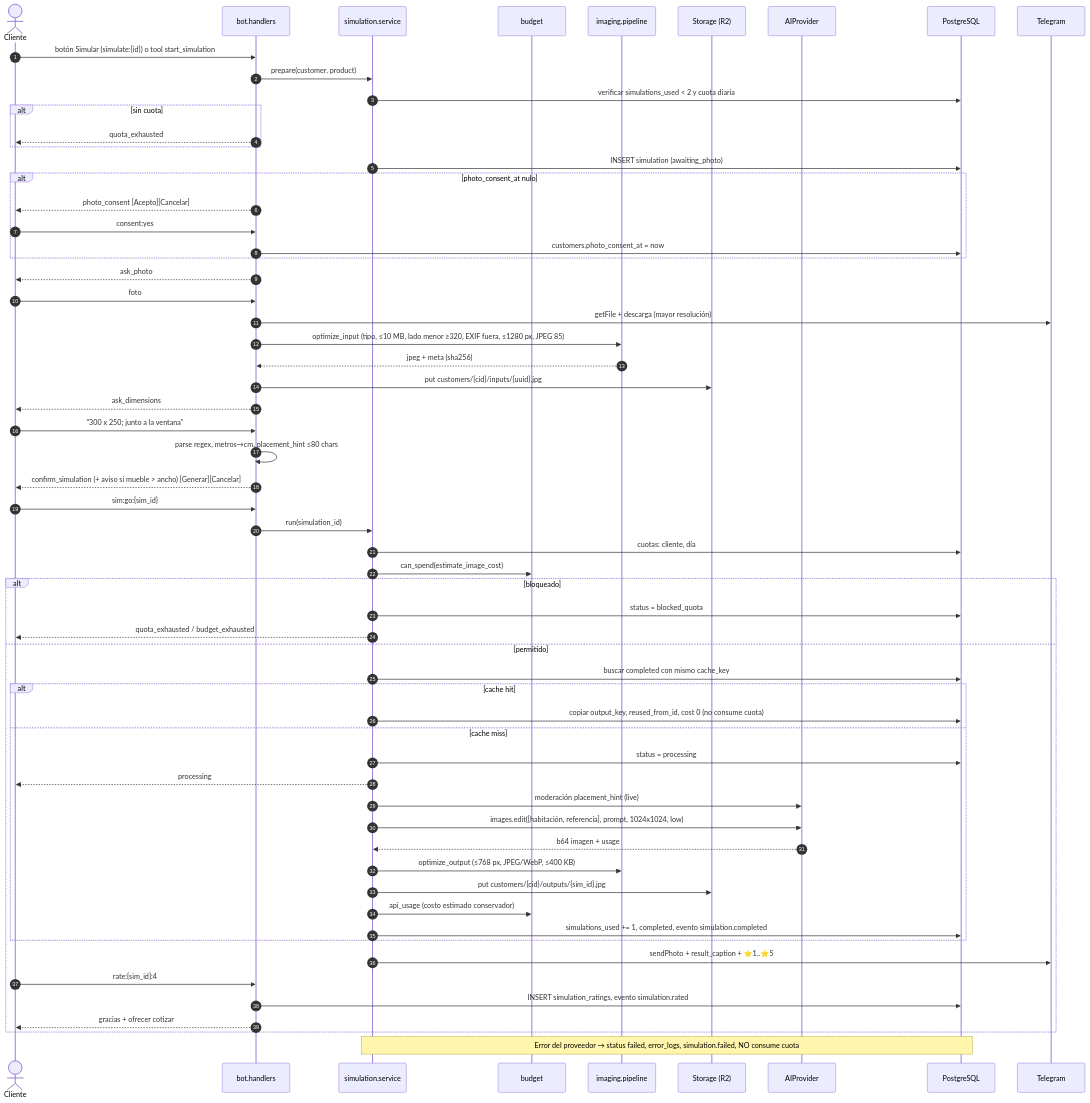
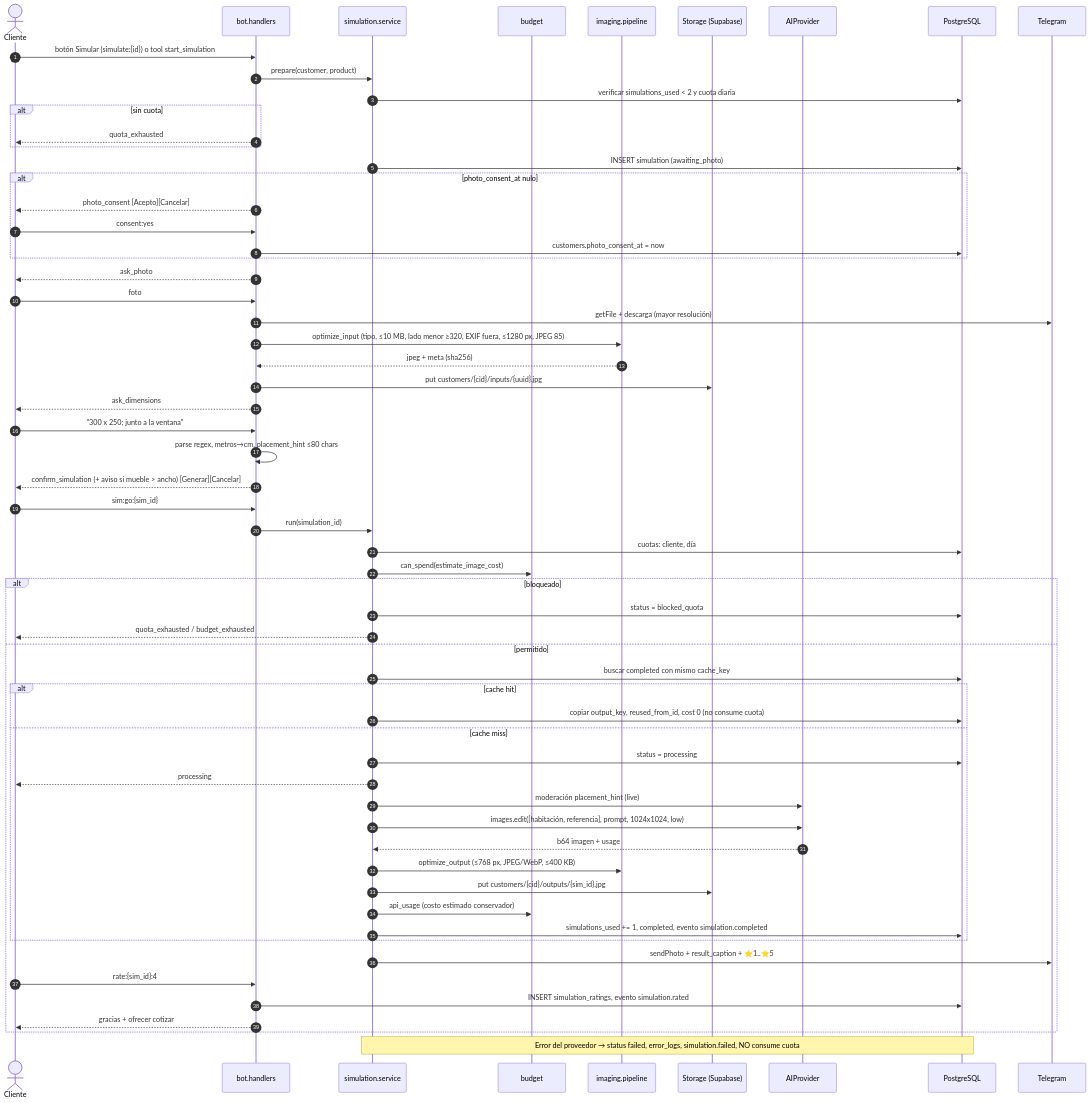
Before and after one commit to UtpProyectos/decosmart-ai: the third of 6 diagrams in docs/02-arquitectura.md, drawn with Mermaid. The commit also changed other lines of this file and 10 other files, not shown here.

````diff
--- a/docs/02-arquitectura.md
+++ b/docs/02-arquitectura.md
@@ -147,64 +147,64 @@
 ```mermaid
 sequenceDiagram
     autonumber
     actor C as Cliente
     participant H as bot.handlers
     participant S as simulation.service
     participant B as budget
     participant I as imaging.pipeline
-    participant ST as Storage (R2)
+    participant ST as Storage (Supabase)
     participant P as AIProvider
     participant DB as PostgreSQL
     participant TG as Telegram
 
     C->>H: botón Simular (simulate:{id}) o tool start_simulation
     H->>S: prepare(customer, product)
     S->>DB: verificar simulations_used < 2 y cuota diaria
     alt sin cuota
         H-->>C: quota_exhausted
     end
     S->>DB: INSERT simulation (awaiting_photo)
     alt photo_consent_at nulo
         H-->>C: photo_consent [Acepto][Cancelar]
         C->>H: consent:yes
         H->>DB: customers.photo_consent_at = now
     end
     H-->>C: ask_photo
     C->>H: foto
     H->>TG: getFile + descarga (mayor resolución)
     H->>I: optimize_input (tipo, ≤10 MB, lado menor ≥320, EXIF fuera, ≤1280 px, JPEG 85)
     I-->>H: jpeg + meta (sha256)
     H->>ST: put customers/{cid}/inputs/{uuid}.jpg
     H-->>C: ask_dimensions
     C->>H: "300 x 250#59; junto a la ventana"
     H->>H: parse regex, metros→cm, placement_hint ≤80 chars
     H-->>C: confirm_simulation (+ aviso si mueble > ancho) [Generar][Cancelar]
     C->>H: sim:go:{sim_id}
     H->>S: run(simulation_id)
     S->>DB: cuotas: cliente, día
     S->>B: can_spend(estimate_image_cost)
     alt bloqueado
         S->>DB: status = blocked_quota
         S-->>C: quota_exhausted / budget_exhausted
     else permitido
         S->>DB: buscar completed con mismo cache_key
         alt cache hit
             S->>DB: copiar output_key, reused_from_id, cost 0 (no consume cuota)
         else cache miss
             S->>DB: status = processing
             S-->>C: processing
             S->>P: moderación placement_hint (live)
             S->>P: images.edit([habitación, referencia], prompt, 1024x1024, low)
             P-->>S: b64 imagen + usage
             S->>I: optimize_output (≤768 px, JPEG/WebP, ≤400 KB)
             S->>ST: put customers/{cid}/outputs/{sim_id}.jpg
             S->>B: api_usage (costo estimado conservador)
             S->>DB: simulations_used += 1, completed, evento simulation.completed
         end
         S->>TG: sendPhoto + result_caption + ⭐1..⭐5
         C->>H: rate:{sim_id}:4
         H->>DB: INSERT simulation_ratings, evento simulation.rated
         H-->>C: gracias + ofrecer cotizar
     end
     Note over S,DB: Error del proveedor → status failed, error_logs, simulation.failed, NO consume cuota
 ```
````
